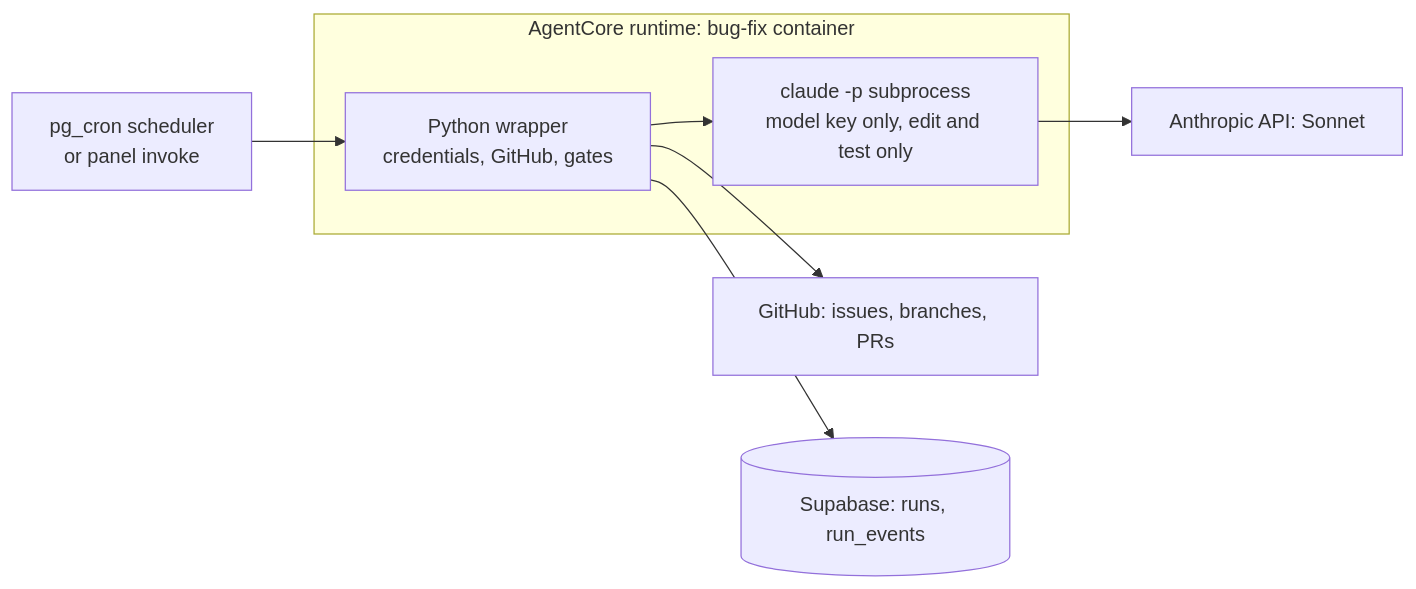
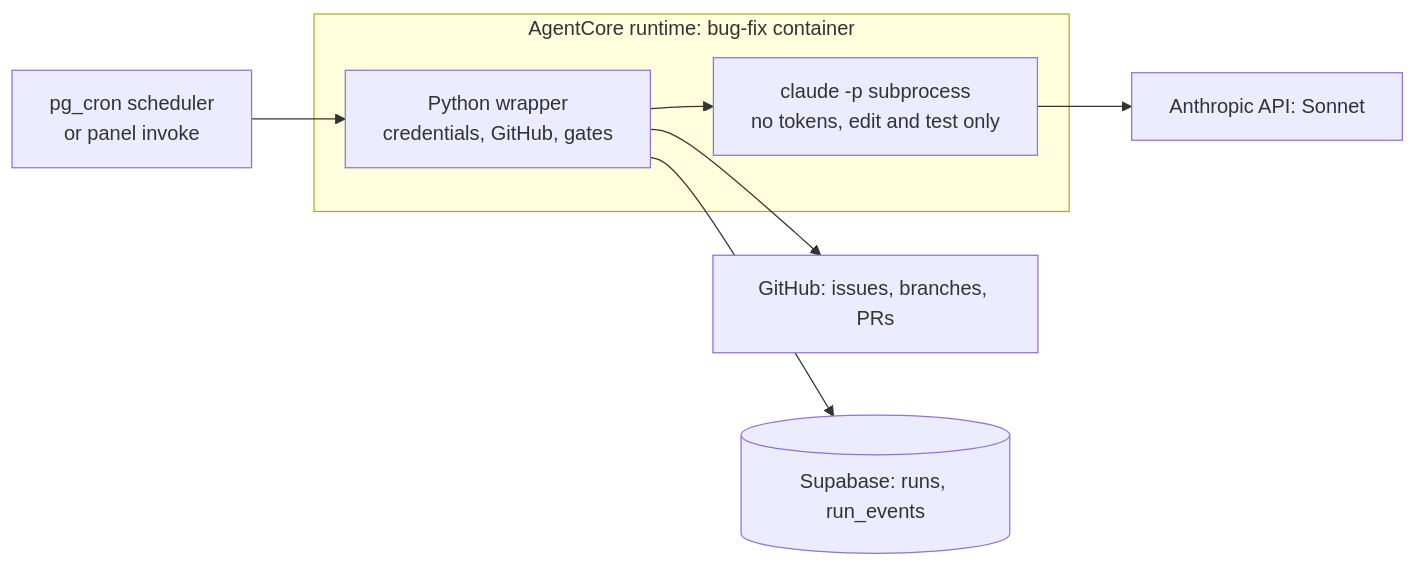
The second of 2 diagrams in docs/requirements/prd-bug-fix-agent.md (llipe/dev-tasks-agent-fleet), drawn with Mermaid before and after one commit. The commit also changed other lines of this file and 9 other files, not shown here.

````diff
--- a/docs/requirements/prd-bug-fix-agent.md
+++ b/docs/requirements/prd-bug-fix-agent.md
@@ -173,12 +173,12 @@
 ```mermaid
 flowchart LR
     S[pg_cron scheduler<br/>or panel invoke] --> W
     subgraph R[AgentCore runtime: bug-fix container]
         W[Python wrapper<br/>credentials, GitHub, gates]
-        C[claude -p subprocess<br/>model key only, edit and test only]
+        C[claude -p subprocess<br/>no tokens, edit and test only]
         W --> C
     end
     W --> GH[GitHub: issues, branches, PRs]
     W --> DB[(Supabase: runs, run_events)]
-    C --> AN[Anthropic API: Sonnet]
+    C --> BR[Anthropic API: Sonnet]
 ```
````
